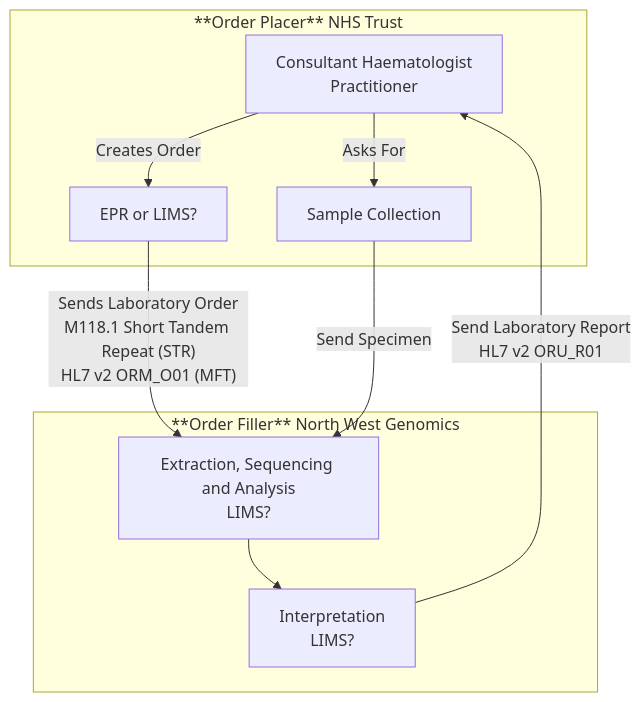
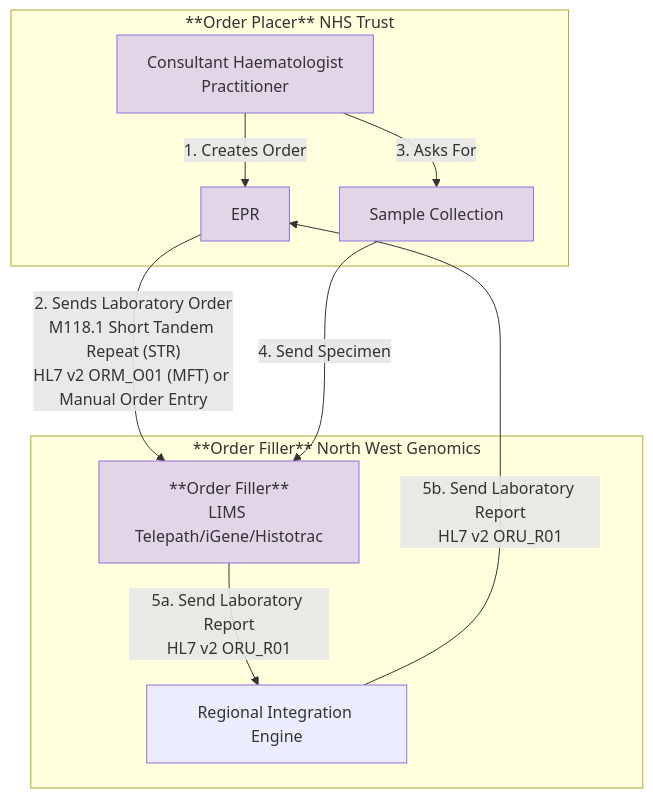
One commit to uk-gov-mirror/nw-gmsa.nw-gmsa.github.com changed the third of 6 diagrams in input/pagecontent/introduction.md. Above: the diagram before and after it, drawn with Mermaid. The commit also changed 1 other file, not shown here.

Commit message:
Simplified Chimerism Diagram and

````diff
--- a/input/pagecontent/introduction.md
+++ b/input/pagecontent/introduction.md
@@ -96,13 +96,18 @@
 ```mermaid
 graph TD;
     subgraph NHSTrust[**Order Placer** NHS Trust]
-        Practitioner[Consultant Haematologist<br/>Practitioner] --> |Creates Order| EPR[EPR or LIMS?]
-        Practitioner --> |Asks For| Specimen[Sample Collection]
+        Practitioner[Consultant Haematologist<br/>Practitioner] --> |1. Creates Order| EPR[EPR]
+        Practitioner --> |3. Asks For| Specimen[Sample Collection]
     end
-    EPR --> |"Sends Laboratory Order<br/>M118.1 Short Tandem Repeat (STR)<br/>HL7 v2 ORM_O01 (MFT)"| DNA
-    Specimen --> |Send Specimen| DNA 
-    subgraph NWGenonics[**Order Filler** North West Genomics]
-        DNA[Extraction, Sequencing and Analysis<br/>LIMS?] --> LIMS[Interpretation<br/>LIMS?]
+    EPR --> |"2. Sends Laboratory Order<br/>M118.1 Short Tandem Repeat (STR)<br/>HL7 v2 ORM_O01 (MFT) or Manual Order Entry"| LIMS
+    Specimen --> |4. Send Specimen| LIMS 
+    subgraph NWGenomics[**Order Filler** North West Genomics]
+        LIMS[**Order Filler**<br/>LIMS Telepath/iGene/Histotrac]
+        LIMS --> |5a. Send Laboratory Report<br/>HL7 v2 ORU_R01| RIE["Regional Integration Engine"]
     end
-    LIMS --> |Send Laboratory Report<br/>HL7 v2 ORU_R01| Practitioner
+    RIE --> |5b. Send Laboratory Report<br/>HL7 v2 ORU_R01| EPR
+
+    classDef purple fill:#E1D5E7;
+
+    class EPR,LIMS,Specimen,Practitioner purple
 ```
````
